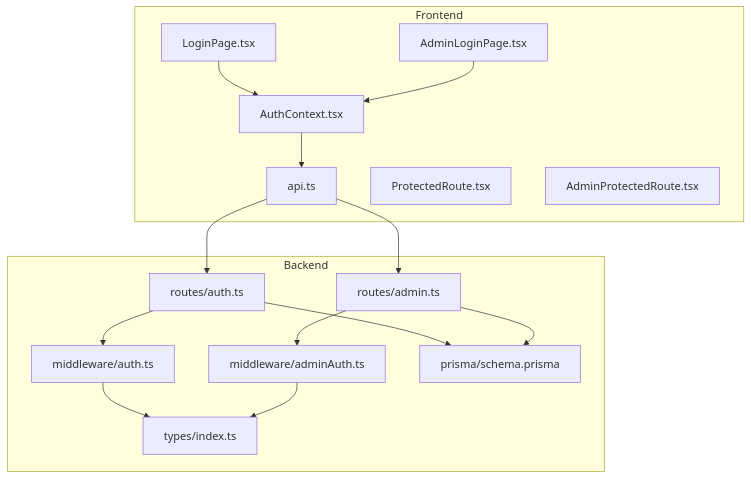
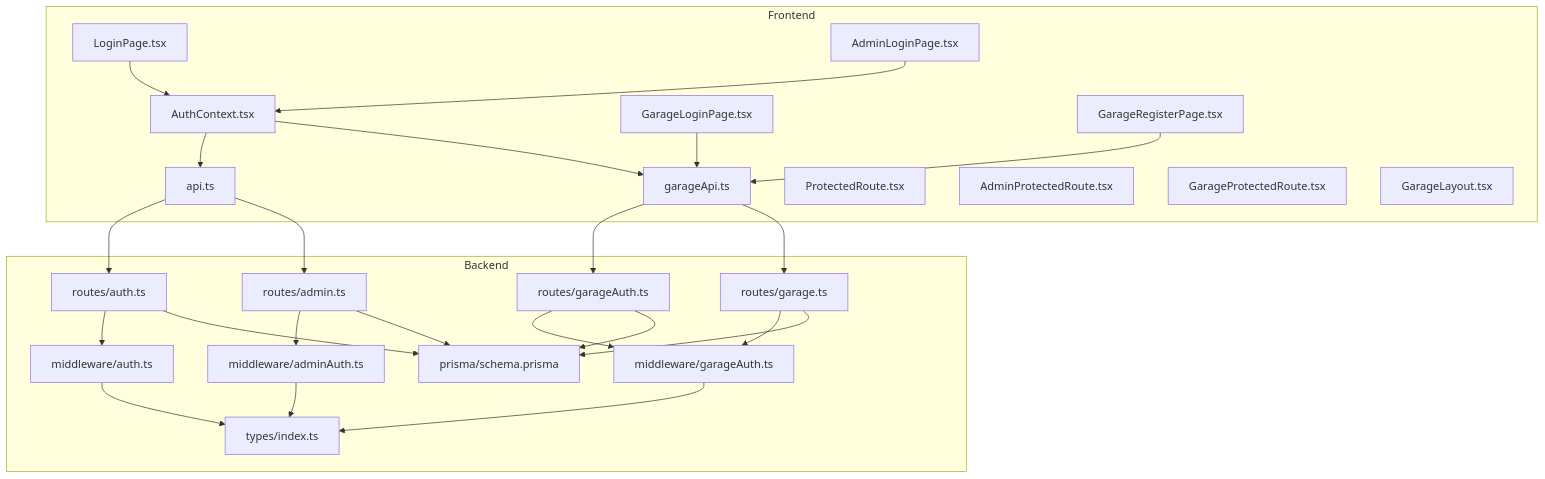
Before and after one commit to NaveenHiranya/Smart-Vehicle-Insurance-Claim-System: the first of 10 diagrams in .qoder/repowiki/en/content/Backend Documentation/Authentication & Authorization.md, drawn with Mermaid. The commit also changed other lines of this file and 87 other files, not shown here.

````diff
--- a/.qoder/repowiki/en/content/Backend Documentation/Authentication & Authorization.md
+++ b/.qoder/repowiki/en/content/Backend Documentation/Authentication & Authorization.md
@@ -38,30 +55,48 @@
 ```mermaid
 graph TB
 subgraph "Frontend"
 A["AuthContext.tsx"]
 B["api.ts"]
-C["ProtectedRoute.tsx"]
-D["AdminProtectedRoute.tsx"]
-E["LoginPage.tsx"]
-F["AdminLoginPage.tsx"]
+C["garageApi.ts"]
+D["ProtectedRoute.tsx"]
+E["AdminProtectedRoute.tsx"]
+F["GarageProtectedRoute.tsx"]
+G["LoginPage.tsx"]
+H["AdminLoginPage.tsx"]
+I["GarageLoginPage.tsx"]
+J["GarageRegisterPage.tsx"]
+K["GarageLayout.tsx"]
 end
 subgraph "Backend"
-G["routes/auth.ts"]
-H["routes/admin.ts"]
-I["middleware/auth.ts"]
-J["middleware/adminAuth.ts"]
-K["types/index.ts"]
-L["prisma/schema.prisma"]
+L["routes/auth.ts"]
+M["routes/admin.ts"]
+N["routes/garageAuth.ts"]
+O["routes/garage.ts"]
+P["middleware/auth.ts"]
+Q["middleware/adminAuth.ts"]
+R["middleware/garageAuth.ts"]
+S["types/index.ts"]
+T["prisma/schema.prisma"]
 end
-E --> A
-F --> A
+G --> A
+H --> A
+I --> C
+J --> C
 A --> B
-B --> G
-B --> H
-G --> I
-H --> J
-I --> K
-J --> K
-G --> L
-H --> L
+A --> C
+B --> L
+B --> M
+C --> N
+C --> O
+L --> P
+M --> Q
+N --> R
+O --> R
+P --> S
+Q --> S
+R --> S
+L --> T
+M --> T
+N --> T
+O --> T
 ```
````
